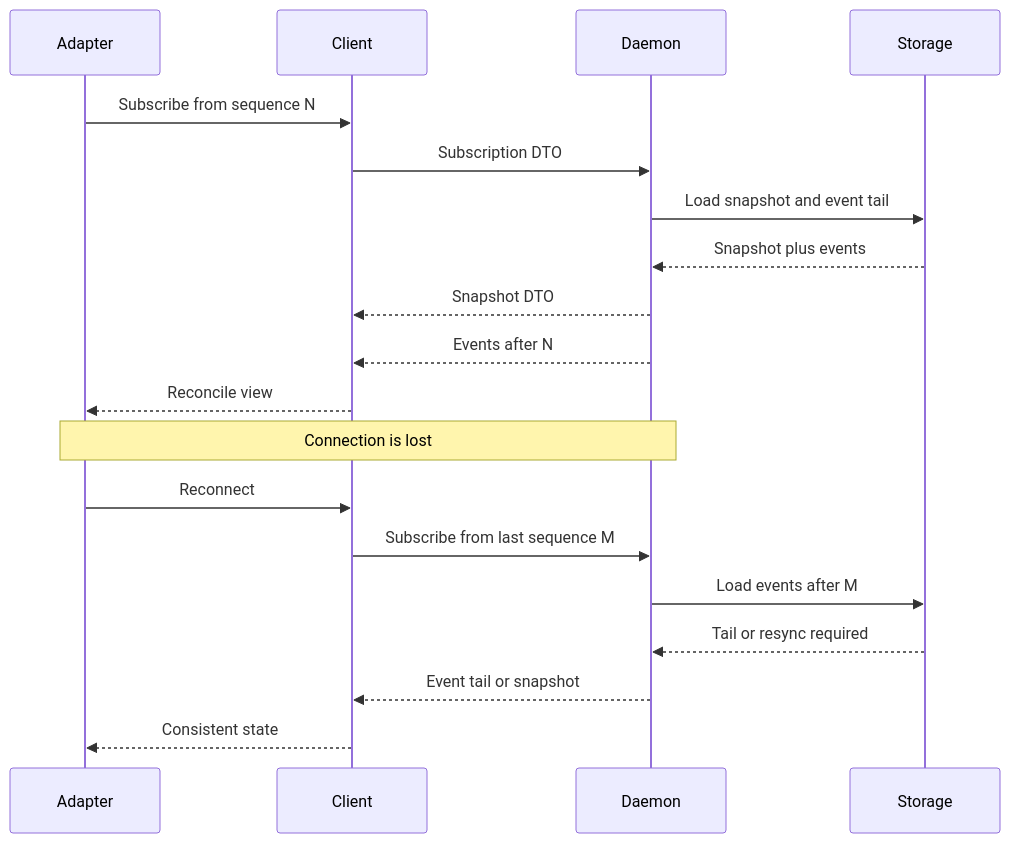
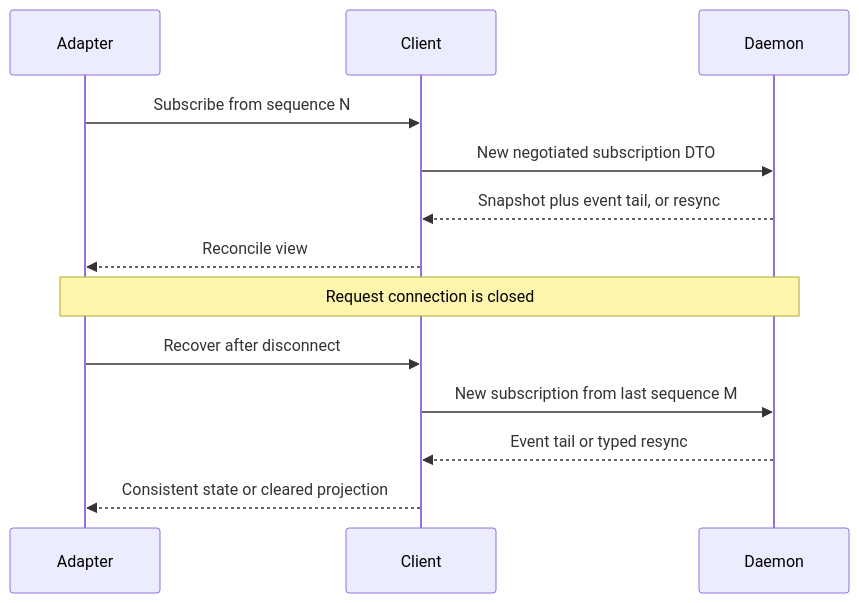
Before and after one commit to y0tsy/intention-relay: the second of 2 diagrams in docs/intention-relay/architecture/03-daemon-transport-and-adapters.md, drawn with Mermaid. The commit also changed other lines of this file and 26 other files, not shown here.

````diff
--- a/docs/intention-relay/architecture/03-daemon-transport-and-adapters.md
+++ b/docs/intention-relay/architecture/03-daemon-transport-and-adapters.md
@@ -101,22 +132,16 @@
 ```mermaid
 sequenceDiagram
   participant AD as Adapter
   participant CL as Client
   participant DM as Daemon
-  participant ST as Storage
 
   AD->>CL: Subscribe from sequence N
-  CL->>DM: Subscription DTO
-  DM->>ST: Load snapshot and event tail
-  ST-->>DM: Snapshot plus events
-  DM-->>CL: Snapshot DTO
-  DM-->>CL: Events after N
+  CL->>DM: New negotiated subscription DTO
+  DM-->>CL: Snapshot plus event tail, or resync
   CL-->>AD: Reconcile view
-  Note over AD,DM: Connection is lost
-  AD->>CL: Reconnect
-  CL->>DM: Subscribe from last sequence M
-  DM->>ST: Load events after M
-  ST-->>DM: Tail or resync required
-  DM-->>CL: Event tail or snapshot
-  CL-->>AD: Consistent state
+  Note over AD,DM: Request connection is closed
+  AD->>CL: Recover after disconnect
+  CL->>DM: New subscription from last sequence M
+  DM-->>CL: Event tail or typed resync
+  CL-->>AD: Consistent state or cleared projection
 ```
````
